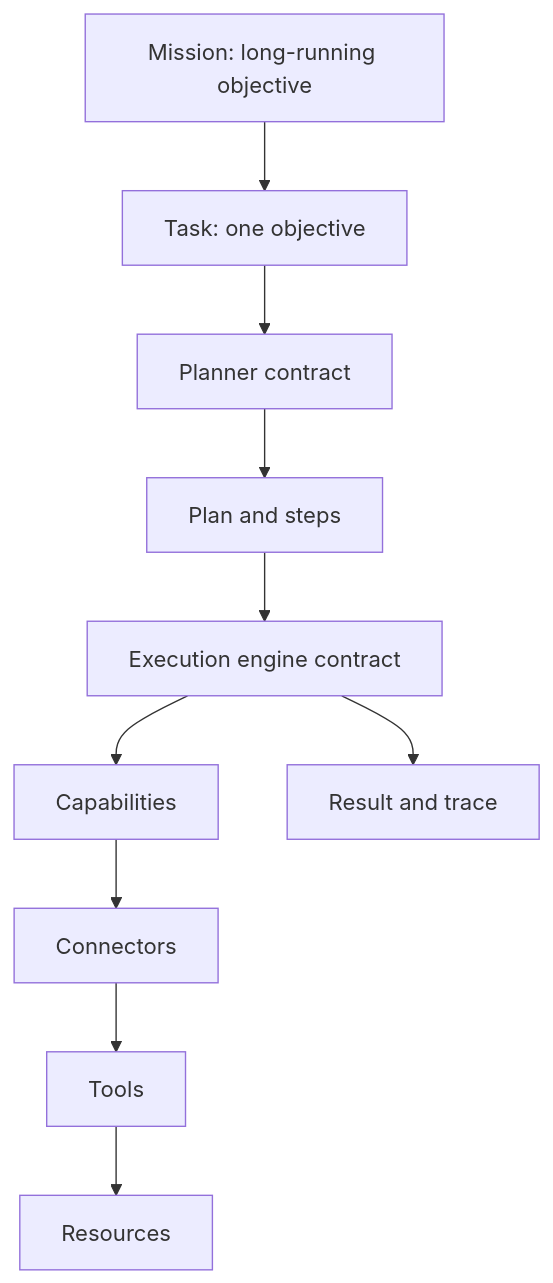
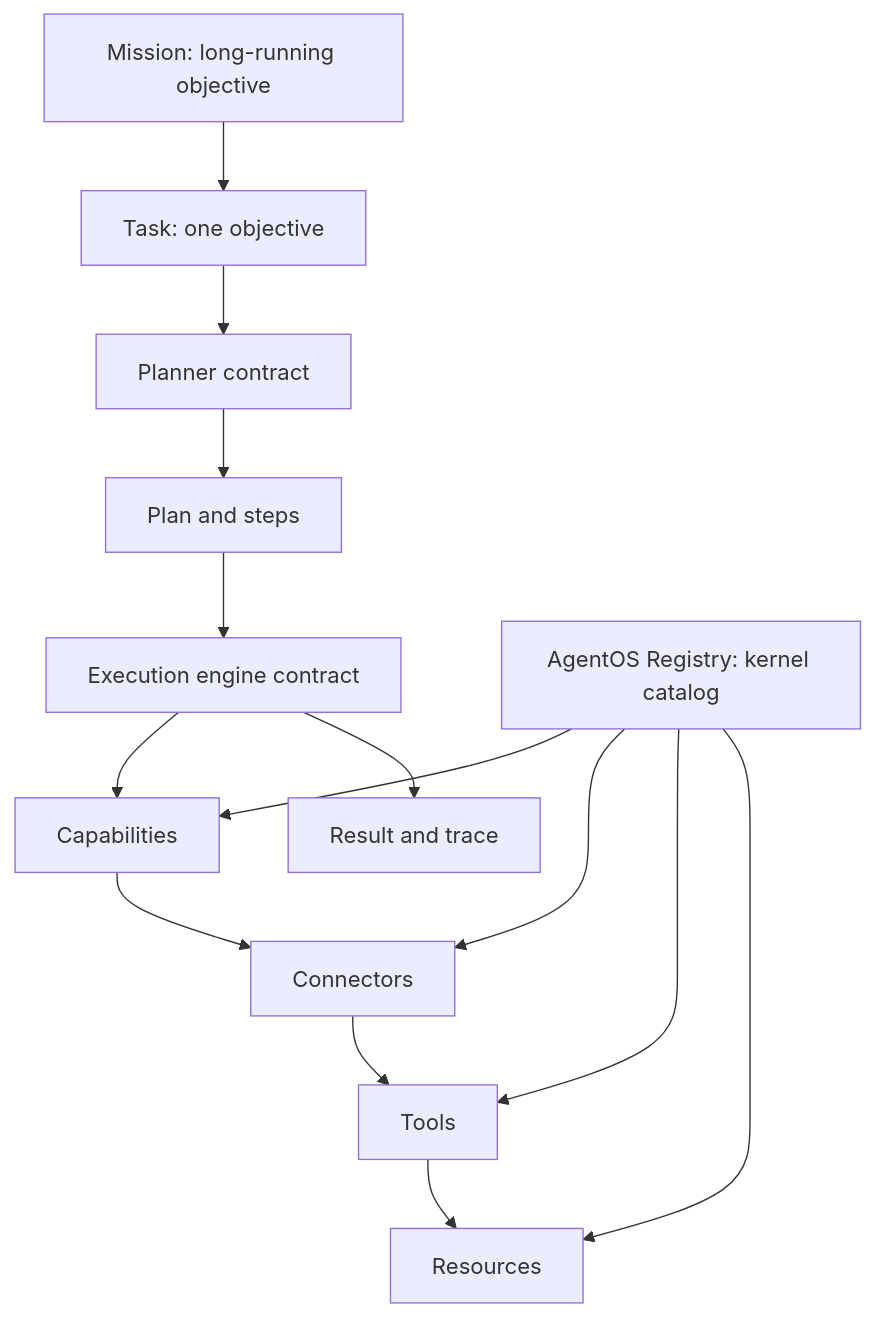
One commit to Suvitex101/agentOS changed the diagram in README.md. Above: the diagram before and after it, drawn with Mermaid. The commit also changed other lines of this file and 5 other files, not shown here.

````diff
--- a/README.md
+++ b/README.md
@@ -77,12 +77,16 @@
 ```mermaid
 flowchart TD
   Mission["Mission: long-running objective"] --> Task["Task: one objective"]
   Task --> Planner["Planner contract"]
   Planner --> Plan["Plan and steps"]
   Plan --> Engine["Execution engine contract"]
   Engine --> Capability["Capabilities"]
+  Registry["AgentOS Registry: kernel catalog"] --> Capability
+  Registry --> Connector
+  Registry --> Tool
+  Registry --> Resource
   Capability --> Connector["Connectors"]
   Connector --> Tool["Tools"]
   Tool --> Resource["Resources"]
   Engine --> Result["Result and trace"]
 ```
````
